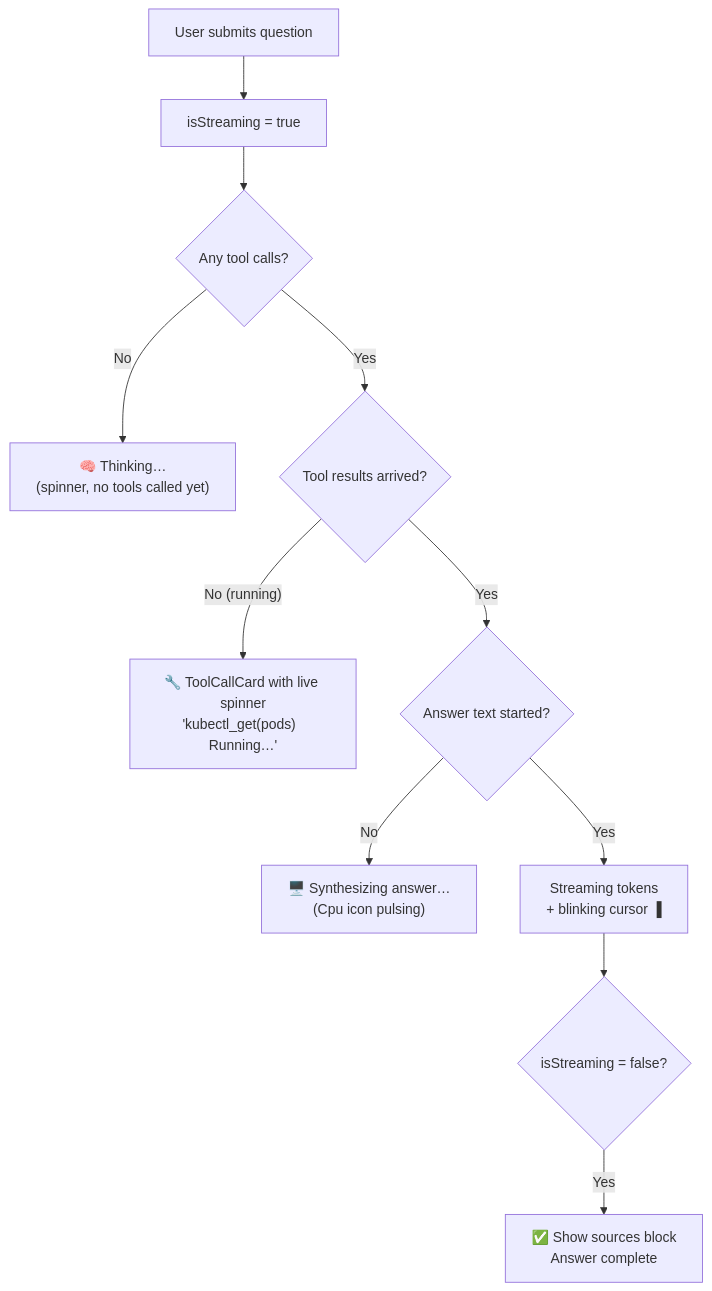
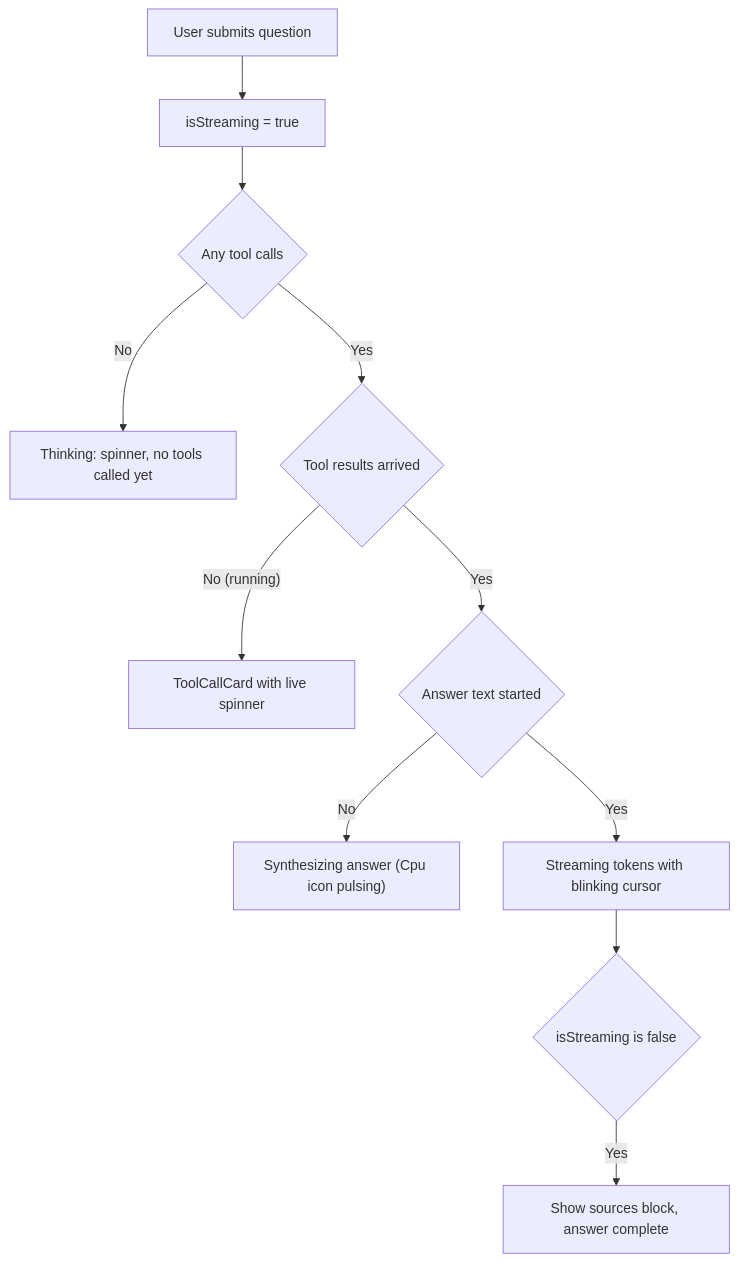
Before and after one commit to yessine15/sentinel: diagram 22 of 29 in docs/PHASE2_EXPLAINED.md, drawn with Mermaid. The commit also changed other lines of this file, not shown here.

First line of the commit message:
docs: fix all mermaid v11.15.0 syntax errors in Phase 2 guide

````diff
--- a/docs/PHASE2_EXPLAINED.md
+++ b/docs/PHASE2_EXPLAINED.md
@@ -842,17 +831,17 @@
 ```mermaid
 flowchart TD
     USER["User submits question"] --> STREAM["isStreaming = true"]
 
-    STREAM --> CHECK1{"Any tool calls?"}
-    CHECK1 -->|"No"| THINK["🧠 Thinking…<br/>(spinner, no tools called yet)"]
-    CHECK1 -->|"Yes"| CHECK2{"Tool results arrived?"}
+    STREAM --> CHECK1{"Any tool calls"}
+    CHECK1 -->|"No"| THINK["Thinking: spinner, no tools called yet"]
+    CHECK1 -->|"Yes"| CHECK2{"Tool results arrived"}
 
-    CHECK2 -->|"No (running)"| LIVE["🔧 ToolCallCard with live spinner<br/>'kubectl_get(pods)  Running…'"]
-    CHECK2 -->|"Yes"| CHECK3{"Answer text started?"}
+    CHECK2 -->|"No (running)"| LIVE["ToolCallCard with live spinner"]
+    CHECK2 -->|"Yes"| CHECK3{"Answer text started"}
 
-    CHECK3 -->|"No"| SYNTH["🖥️ Synthesizing answer…<br/>(Cpu icon pulsing)"]
-    CHECK3 -->|"Yes"| TOKEN["Streaming tokens<br/>+ blinking cursor ▐"]
+    CHECK3 -->|"No"| SYNTH["Synthesizing answer (Cpu icon pulsing)"]
+    CHECK3 -->|"Yes"| TOKEN["Streaming tokens with blinking cursor"]
 
-    TOKEN --> CHECK4{"isStreaming = false?"}
-    CHECK4 -->|"Yes"| DONE["✅ Show sources block<br/>Answer complete"]
+    TOKEN --> CHECK4{"isStreaming is false"}
+    CHECK4 -->|"Yes"| DONE["Show sources block, answer complete"]
 ```
````
